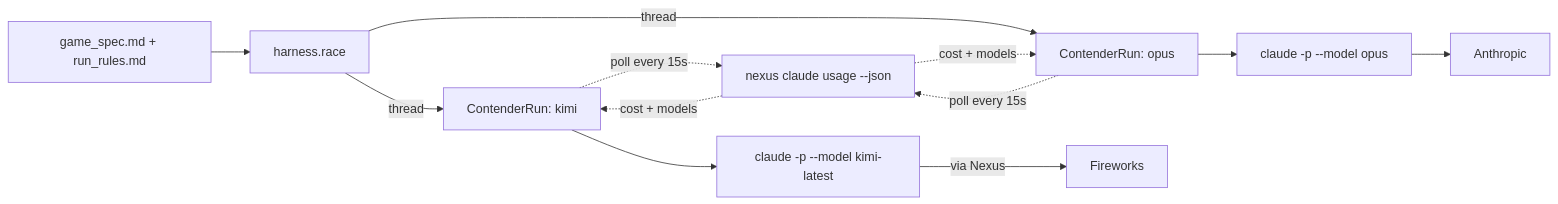
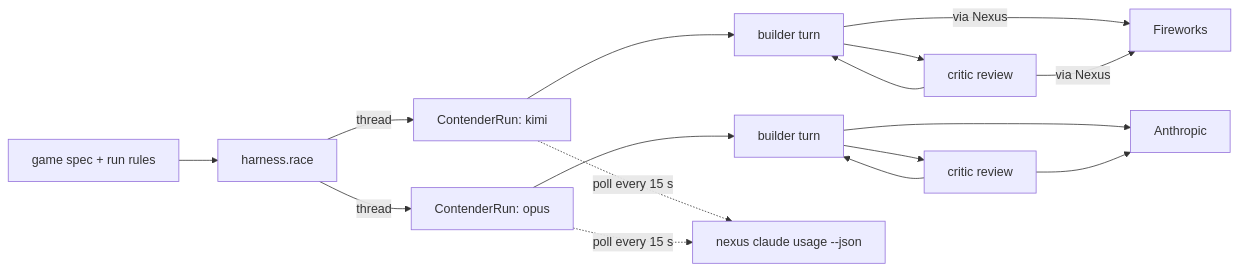
Before and after one commit to harpreetsahota204/grand-theft-gpu: the diagram in README.md, drawn with Mermaid. The commit also changed other lines of this file and 24 other files, not shown here.

````diff
--- a/README.md
+++ b/README.md
@@ -57,12 +54,11 @@
 ```mermaid
 flowchart LR
-    spec[game_spec.md + run_rules.md] --> race[harness.race]
+    spec[game spec + run rules] --> race[harness.race]
     race -->|thread| K[ContenderRun: kimi]
     race -->|thread| O[ContenderRun: opus]
-    K --> CK["claude -p --model kimi-latest"]
-    O --> CO["claude -p --model opus"]
-    CK -->|via Nexus| FW[Fireworks]
-    CO --> AN[Anthropic]
-    K & O -.poll every 15s.-> N["nexus claude usage --json"]
-    N -.cost + models.-> K & O
+    K --> BK[builder turn] --> CK[critic review] --> BK
+    O --> BO[builder turn] --> CO[critic review] --> BO
+    BK & CK -->|via Nexus| FW[Fireworks]
+    BO & CO --> AN[Anthropic]
+    K & O -.poll every 15 s.-> N["nexus claude usage --json"]
 ```
````
